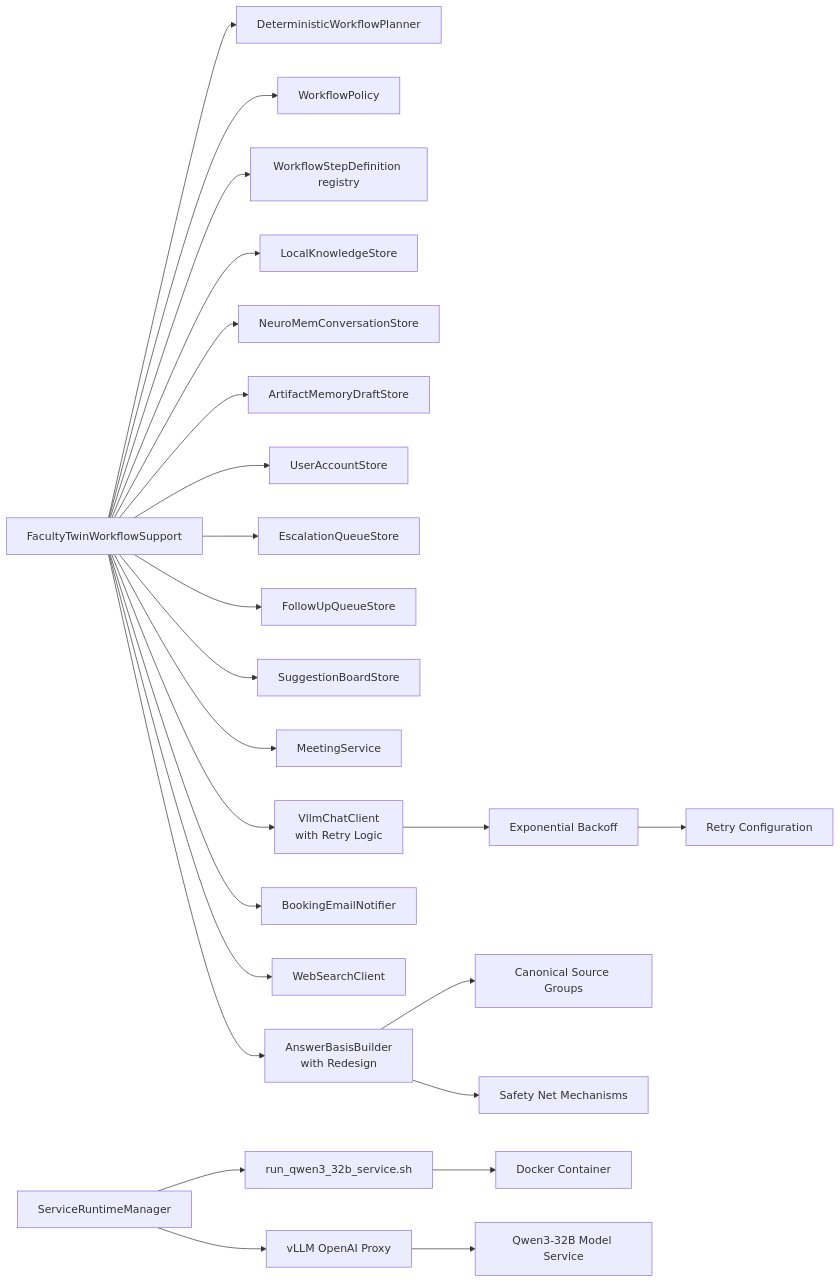
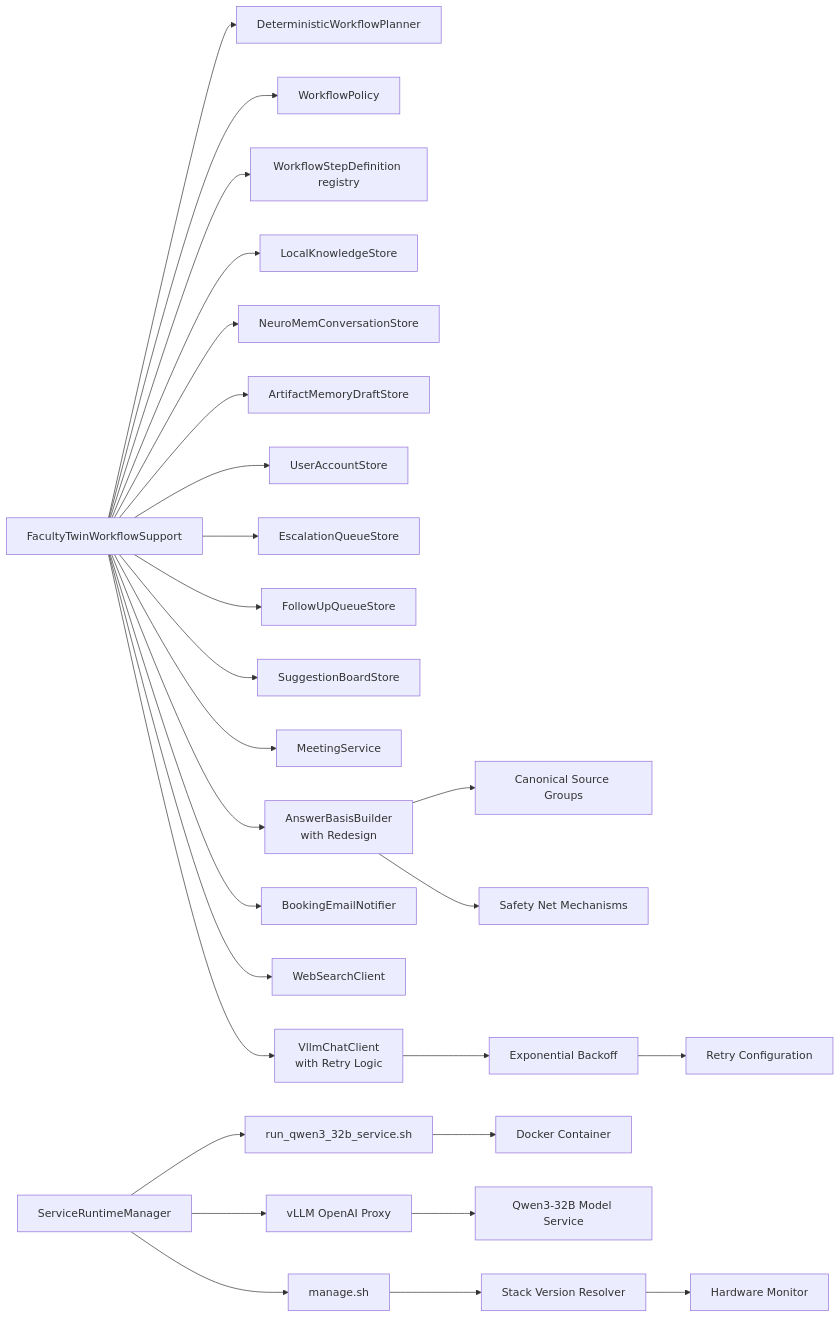
Before and after one commit to intellistream/sage-mate: the seventh of 7 diagrams in .qoder/repowiki/en/content/Core Components/Service Layer/Service Layer.md, drawn with Mermaid. The commit also changed other lines of this file and 45 other files, not shown here.

````diff
--- a/.qoder/repowiki/en/content/Core Components/Service Layer/Service Layer.md
+++ b/.qoder/repowiki/en/content/Core Components/Service Layer/Service Layer.md
@@ -620,26 +736,29 @@
 ```mermaid
 graph LR
 Orchestrator["FacultyTwinWorkflowSupport"] --> Planner["DeterministicWorkflowPlanner"]
 Orchestrator --> Policy["WorkflowPolicy"]
 Orchestrator --> Steps["WorkflowStepDefinition registry"]
 Orchestrator --> KBS["LocalKnowledgeStore"]
 Orchestrator --> CMS["NeuroMemConversationStore"]
 Orchestrator --> AMS["ArtifactMemoryDraftStore"]
 Orchestrator --> UAS["UserAccountStore"]
 Orchestrator --> EAS["EscalationQueueStore"]
 Orchestrator --> FUS["FollowUpQueueStore"]
 Orchestrator --> SBS["SuggestionBoardStore"]
 Orchestrator --> MS["MeetingService"]
 Orchestrator --> LLM["VllmChatClient<br/>with Retry Logic"]
 Orchestrator --> EML["BookingEmailNotifier"]
 Orchestrator --> WEB["WebSearchClient"]
 Orchestrator --> ABS["AnswerBasisBuilder<br/>with Redesign"]
 ABS --> CSG["Canonical Source Groups"]
 ABS --> SN["Safety Net Mechanisms"]
 SRM["ServiceRuntimeManager"] --> QSS["run_qwen3_32b_service.sh"]
 SRM --> VOP["vLLM OpenAI Proxy"]
+SRM --> MAN["manage.sh"]
+MAN --> SVR["Stack Version Resolver"]
+SVR --> HW["Hardware Monitor"]
 QSS --> Container["Docker Container"]
 VOP --> Upstream["Qwen3-32B Model Service"]
 LLM --> Retry["Exponential Backoff"]
 Retry --> Config["Retry Configuration"]
 ```
````
